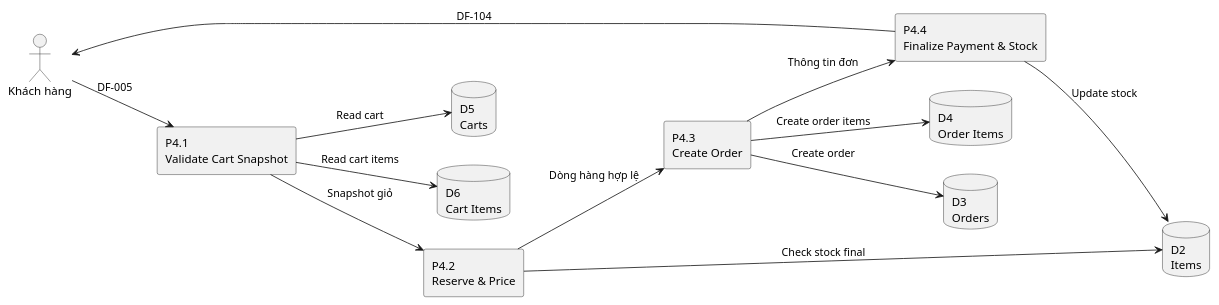
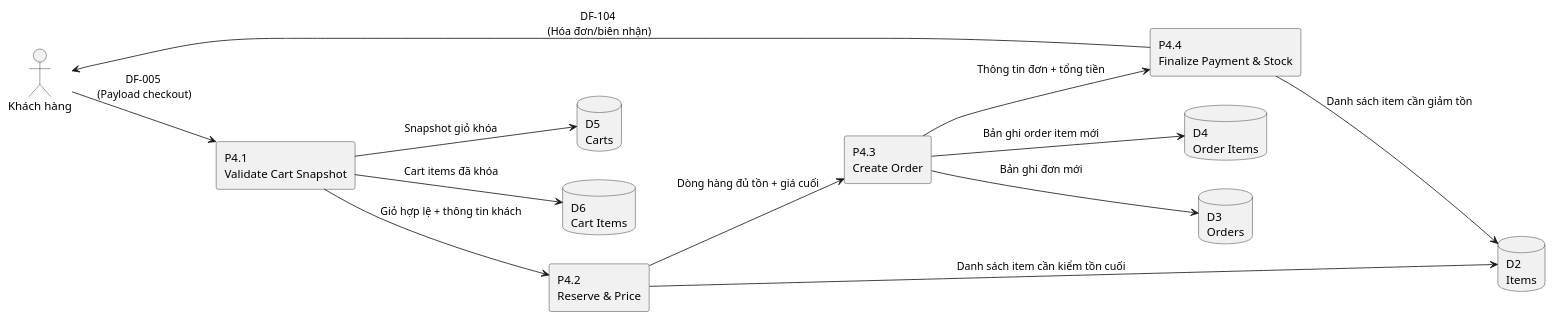
Before and after one commit to KhoaNguyen01004/QuanLyBanHang: the diagram in Diagrams/software_dfd_level2_p4_checkout.puml, drawn with PlantUML. The commit also changed 9 other files, not shown here.

```diff
--- a/Diagrams/software_dfd_level2_p4_checkout.puml
+++ b/Diagrams/software_dfd_level2_p4_checkout.puml
@@ -1,29 +1,29 @@
 @startuml DFD_Level2_P4_Checkout
 hide stereotype
 left to right direction
 
 actor "Khách hàng" as Customer
 
 rectangle "P4.1\nValidate Cart Snapshot" as P41
 rectangle "P4.2\nReserve & Price" as P42
 rectangle "P4.3\nCreate Order" as P43
 rectangle "P4.4\nFinalize Payment & Stock" as P44
 
 database "D2\nItems" as D2
 database "D3\nOrders" as D3
 database "D4\nOrder Items" as D4
 database "D5\nCarts" as D5
 database "D6\nCart Items" as D6
 
-Customer --> P41 : DF-005
-P41 --> D5 : Read cart
-P41 --> D6 : Read cart items
-P41 --> P42 : Snapshot giỏ
-P42 --> D2 : Check stock final
-P42 --> P43 : Dòng hàng hợp lệ
-P43 --> D3 : Create order
-P43 --> D4 : Create order items
-P43 --> P44 : Thông tin đơn
-P44 --> D2 : Update stock
-P44 --> Customer : DF-104
+Customer --> P41 : DF-005 \n(Payload checkout)
+P41 --> D5 : Snapshot giỏ khóa
+P41 --> D6 : Cart items đã khóa
+P41 --> P42 : Giỏ hợp lệ + thông tin khách
+P42 --> D2 : Danh sách item cần kiểm tồn cuối
+P42 --> P43 : Dòng hàng đủ tồn + giá cuối
+P43 --> D3 : Bản ghi đơn mới
+P43 --> D4 : Bản ghi order item mới
+P43 --> P44 : Thông tin đơn + tổng tiền
+P44 --> D2 : Danh sách item cần giảm tồn
+P44 --> Customer : DF-104 \n(Hóa đơn/biên nhận)
 @enduml
```
